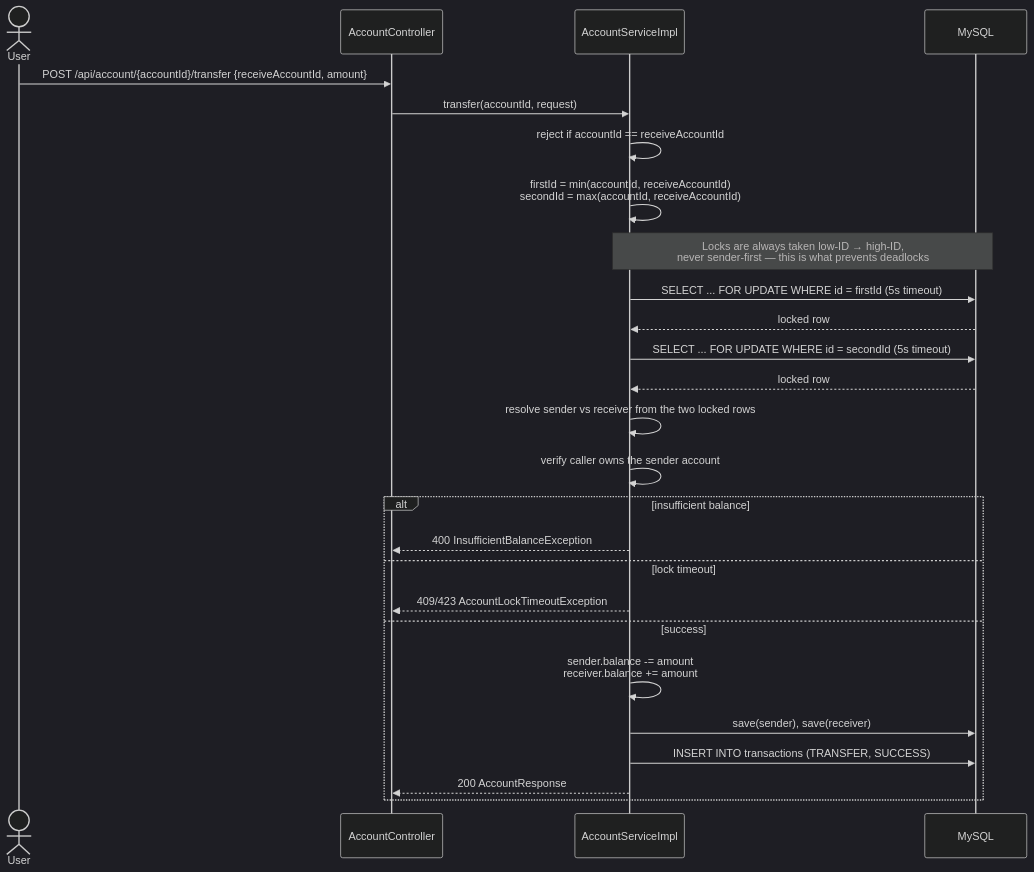
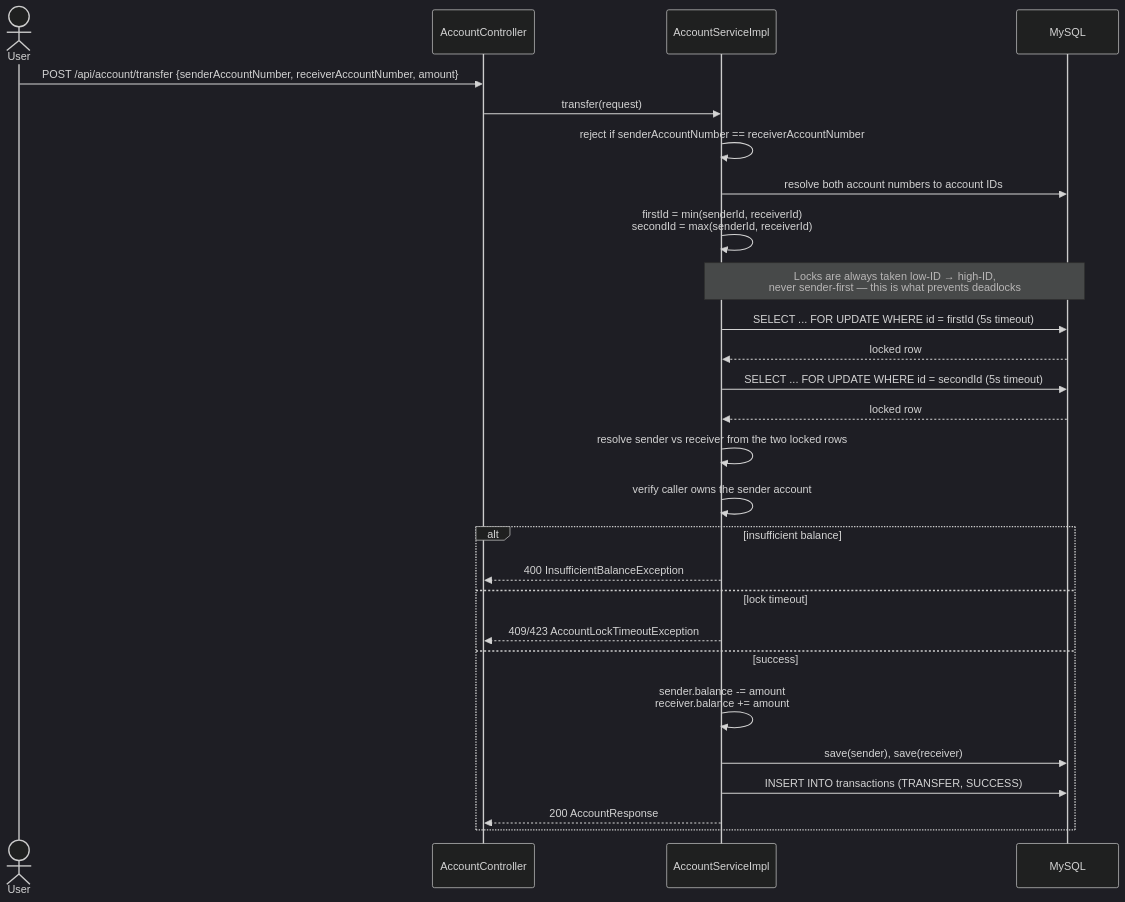
One commit to megumiwatanable/Banking-System changed the fourth of 5 diagrams in README.md. Above: the diagram before and after it, drawn with Mermaid (dark theme). The commit also changed other lines of this file and 17 other files, not shown here.

````diff
--- a/README.md
+++ b/README.md
@@ -232,32 +232,33 @@
 ```mermaid
 sequenceDiagram
     actor U as User
     participant C as AccountController
     participant S as AccountServiceImpl
     participant DB as MySQL
 
-    U->>C: POST /api/account/{accountId}/transfer {receiveAccountId, amount}
-    C->>S: transfer(accountId, request)
-    S->>S: reject if accountId == receiveAccountId
-    S->>S: firstId = min(accountId, receiveAccountId)<br/>secondId = max(accountId, receiveAccountId)
+    U->>C: POST /api/account/transfer {senderAccountNumber, receiverAccountNumber, amount}
+    C->>S: transfer(request)
+    S->>S: reject if senderAccountNumber == receiverAccountNumber
+    S->>DB: resolve both account numbers to account IDs
+    S->>S: firstId = min(senderId, receiverId)<br/>secondId = max(senderId, receiverId)
 
     Note over S,DB: Locks are always taken low-ID → high-ID,<br/>never sender-first — this is what prevents deadlocks
 
     S->>DB: SELECT ... FOR UPDATE WHERE id = firstId (5s timeout)
     DB-->>S: locked row
     S->>DB: SELECT ... FOR UPDATE WHERE id = secondId (5s timeout)
     DB-->>S: locked row
 
     S->>S: resolve sender vs receiver from the two locked rows
     S->>S: verify caller owns the sender account
     alt insufficient balance
         S-->>C: 400 InsufficientBalanceException
     else lock timeout
         S-->>C: 409/423 AccountLockTimeoutException
     else success
         S->>S: sender.balance -= amount<br/>receiver.balance += amount
         S->>DB: save(sender), save(receiver)
         S->>DB: INSERT INTO transactions (TRANSFER, SUCCESS)
         S-->>C: 200 AccountResponse
     end
 ```
````
